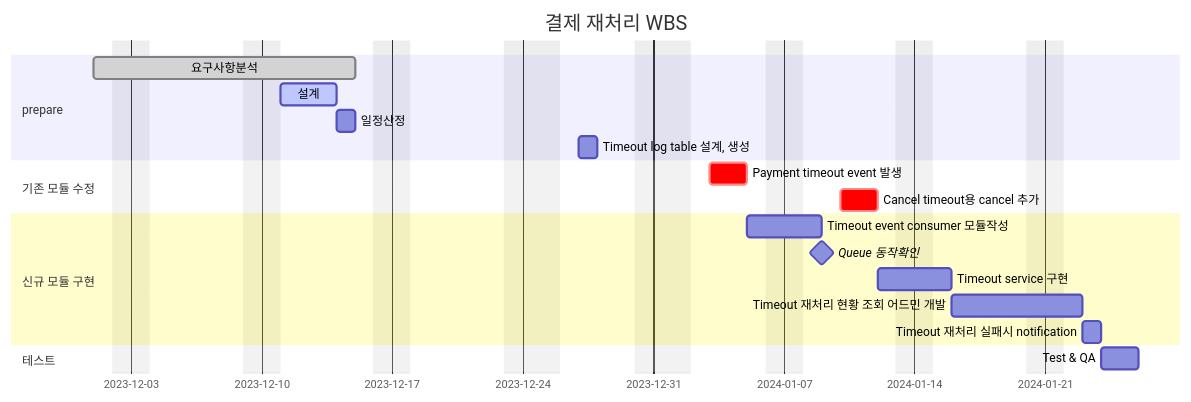
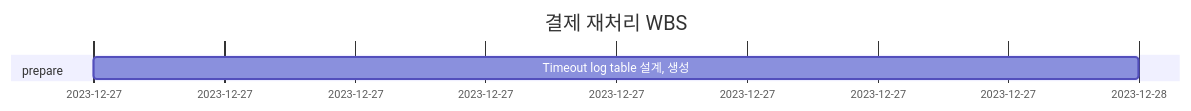
One commit to shp7408/career-wbs changed the seventh of 7 diagrams in WBS-shp7408-03.md. Above: the diagram before and after it, drawn with Mermaid. The commit also changed other lines of this file and 1 other file, not shown here.

````diff
--- a/WBS-shp7408-03.md
+++ b/WBS-shp7408-03.md
@@ -382,28 +104,18 @@
 ```mermaid
 gantt
     dateFormat  YYYY-MM-DD
     title       결제 재처리 WBS
     excludes    weekends, 2023-12-25, 2024-01-01
     %% (`excludes` accepts specific dates in YYYY-MM-DD format, days of the week ("sunday") or "weekends", but not the word "weekdays".)
 
     section prepare
-    요구사항분석                    :done,    des1, 2023-12-01, 10d
-    설계                            :active,  des2, 2023-12-11, 3d
-    일정산정                        :         des3, after des2, 1d
+
     Timeout log table 설계, 생성    :       des4, 2023-12-27, 1d
 
     section 기존 모듈 수정
-    Payment timeout event 발생          :crit, b1, 2024-01-03,2d
-    Cancel timeout용 cancel 추가        :crit, b2, 2024-01-10, 2d
 
     section 신규 모듈 구현
-    Timeout event consumer 모듈작성    :c1, after b1, 2d
-    Queue 동작확인                      :milestone, after c1, 0d
-    Timeout service 구현                  :c2, after b2  , 2d
-    Timeout 재처리 현황 조회 어드민 개발    :c3, after c2  , 5d
-    Timeout 재처리 실패시 notification     : c4, after c3, 1d
 
     section 테스트
-    Test & QA                           :after c4, 2d
 
 ```
````
